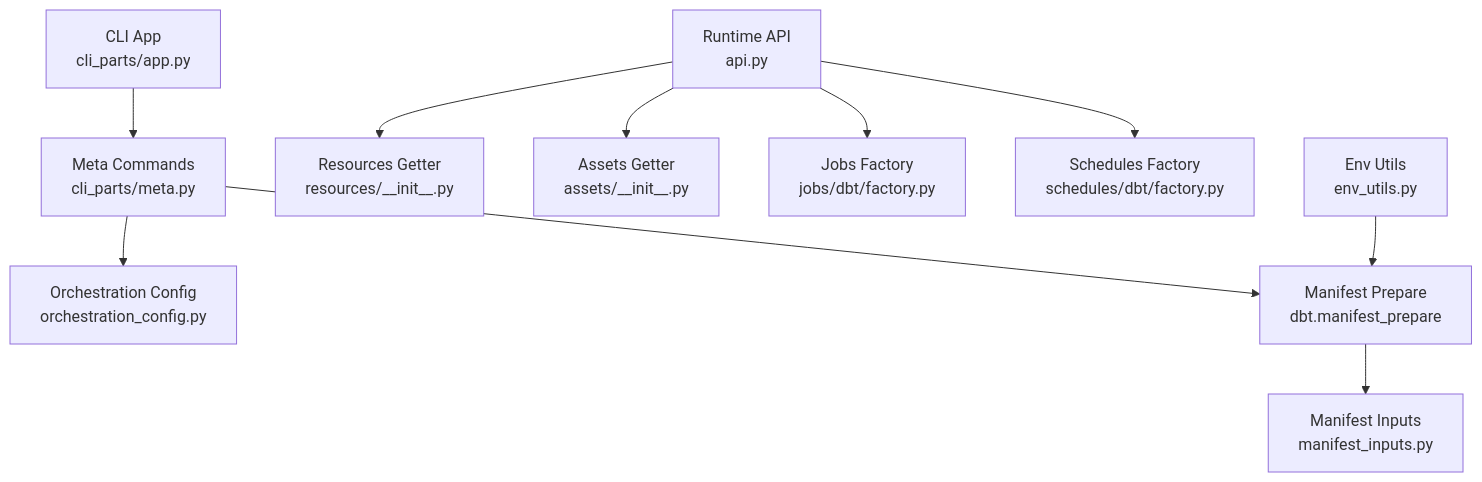
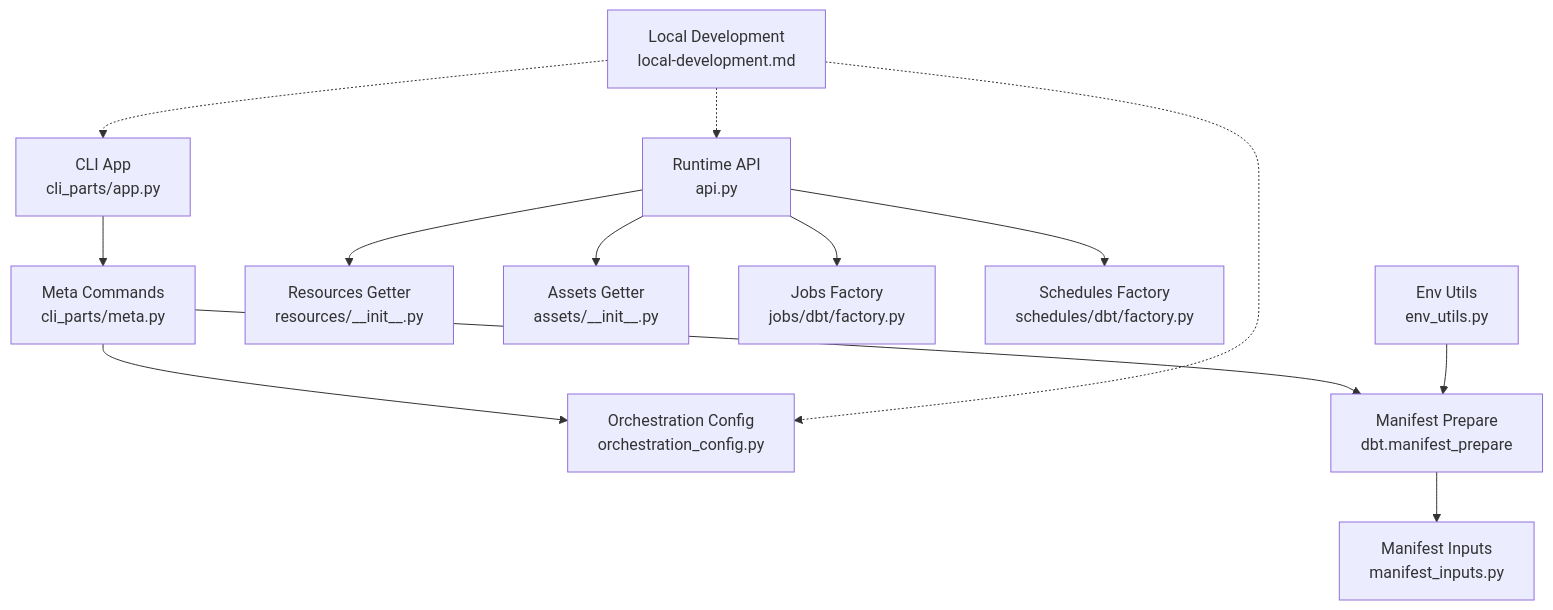
Before and after one commit to metasync/dbt-dagsterizer: the second of 8 diagrams in .qoder/repowiki/en/content/Development Guide.md, drawn with Mermaid. The commit also changed other lines of this file and 32 other files, not shown here.

````diff
--- a/.qoder/repowiki/en/content/Development Guide.md
+++ b/.qoder/repowiki/en/content/Development Guide.md
@@ -105,12 +132,15 @@
 ```mermaid
 graph TB
 CLI_APP["CLI App<br/>cli_parts/app.py"] --> META_CMD["Meta Commands<br/>cli_parts/meta.py"]
 META_CMD --> ORCH_CFG["Orchestration Config<br/>orchestration_config.py"]
 META_CMD --> MAN_PREP["Manifest Prepare<br/>dbt.manifest_prepare"]
 API["Runtime API<br/>api.py"] --> RES_GET["Resources Getter<br/>resources/__init__.py"]
 API --> ASSET_GET["Assets Getter<br/>assets/__init__.py"]
 API --> JOBS_GET["Jobs Factory<br/>jobs/dbt/factory.py"]
 API --> SCHED_GET["Schedules Factory<br/>schedules/dbt/factory.py"]
 ENV_UTIL["Env Utils<br/>env_utils.py"] --> MAN_PREP
 MAN_PREP --> MAN_INPUTS["Manifest Inputs<br/>manifest_inputs.py"]
+LOCAL_DEV["Local Development<br/>local-development.md"] -.-> CLI_APP
+LOCAL_DEV -.-> API
+LOCAL_DEV -.-> ORCH_CFG
 ```
````
